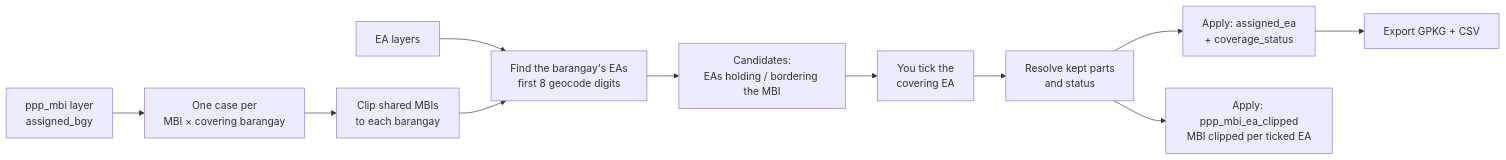
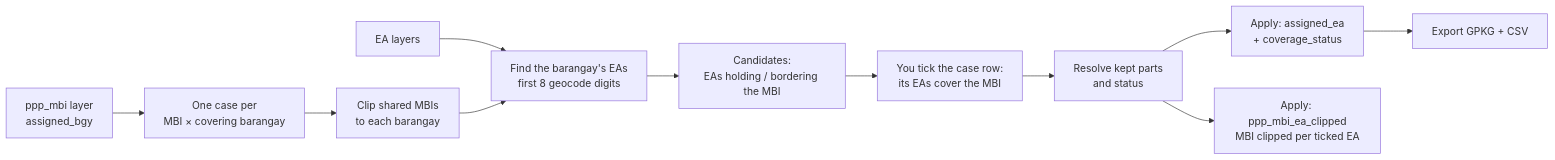
The diagram in docs/tools/mbi_ea_selector.md (GMD-Repository/GMD_COProcessing), drawn with Mermaid before and after one commit. The commit also changed other lines of this file and 3 other files, not shown here.

````diff
--- a/docs/tools/mbi_ea_selector.md
+++ b/docs/tools/mbi_ea_selector.md
@@ -35,13 +37,13 @@
 ```mermaid
 flowchart LR
     M[ppp_mbi layer<br/>assigned_bgy] --> S[One case per<br/>MBI × covering barangay]
     S --> X[Clip shared MBIs<br/>to each barangay]
     EA[EA layers] --> F[Find the barangay's EAs<br/>first 8 geocode digits]
     X --> F
     F --> C[Candidates:<br/>EAs holding / bordering the MBI]
-    C --> T[You tick the<br/>covering EA]
+    C --> T[You tick the case row:<br/>its EAs cover the MBI]
     T --> R[Resolve kept parts<br/>and status]
     R --> A[Apply: assigned_ea<br/>+ coverage_status]
     R --> K[Apply: ppp_mbi_ea_clipped<br/>MBI clipped per ticked EA]
     A --> E[Export GPKG + CSV]
 ```
````
